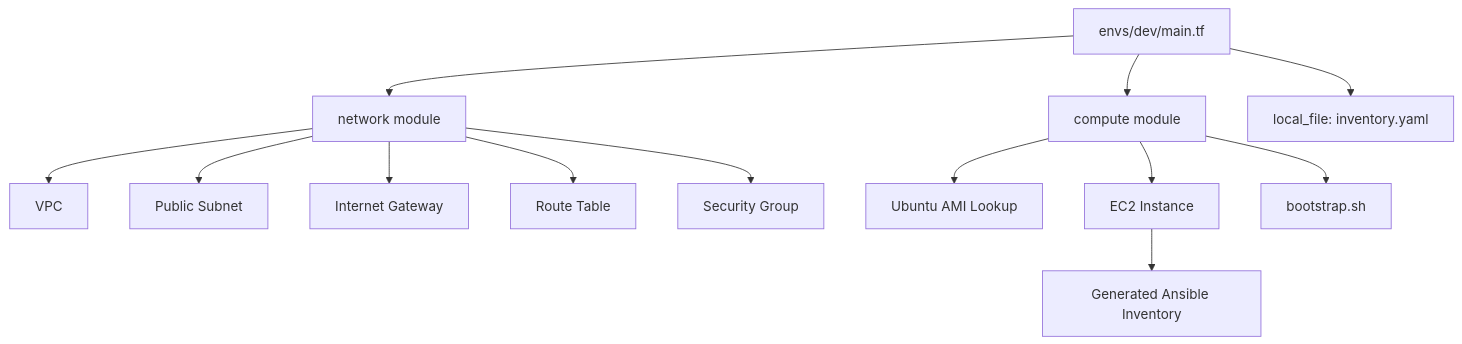
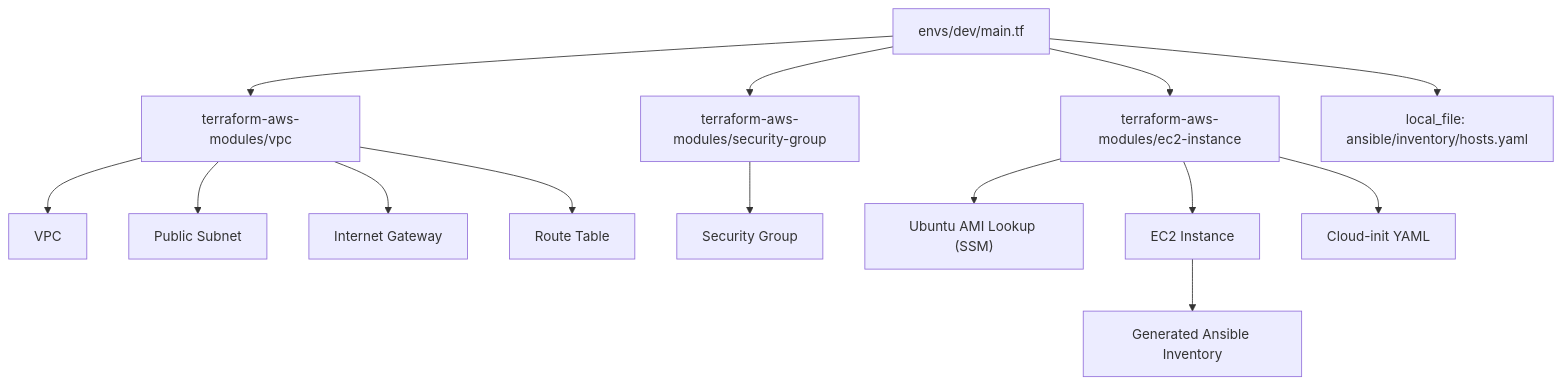
The diagram in terraform/README.md (LaurisNeimanis/ccore-ai-infra), drawn with Mermaid before and after one commit. The commit also changed other lines of this file and 26 other files, not shown here.

Commit message:
refactor(terraform): migrate to AWS modules and cloud-init bootstrap

````diff
--- a/terraform/README.md
+++ b/terraform/README.md
@@ -139,18 +144,20 @@
 ```mermaid
 flowchart TD
-    A[envs/dev/main.tf] --> B[network module]
-    A --> C[compute module]
-    A --> D[local_file: inventory.yaml]
+    A[envs/dev/main.tf] --> B[terraform-aws-modules/vpc]
+    A --> C[terraform-aws-modules/security-group]
+    A --> D[terraform-aws-modules/ec2-instance]
+    A --> E[local_file: ansible/inventory/hosts.yaml]
 
     B --> VPC[VPC]
     B --> SUB[Public Subnet]
     B --> IGW[Internet Gateway]
     B --> RT[Route Table]
-    B --> SG[Security Group]
 
-    C --> AMI[Ubuntu AMI Lookup]
-    C --> EC2[EC2 Instance]
-    C --> BOOT[bootstrap.sh]
+    C --> SG[Security Group]
+
+    D --> AMI["Ubuntu AMI Lookup (SSM)"]
+    D --> EC2[EC2 Instance]
+    D --> CI[Cloud-init YAML]
 
     EC2 --> INV[Generated Ansible Inventory]
 ```
````
